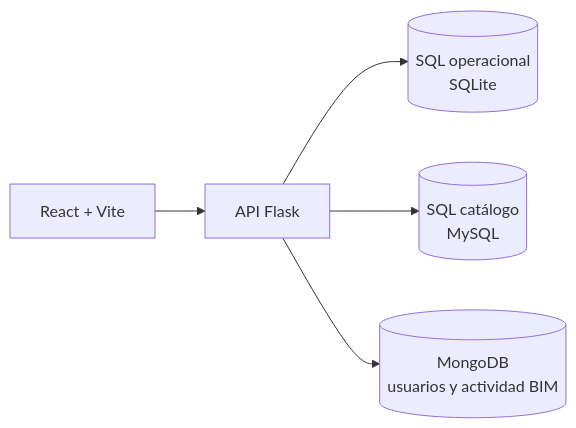
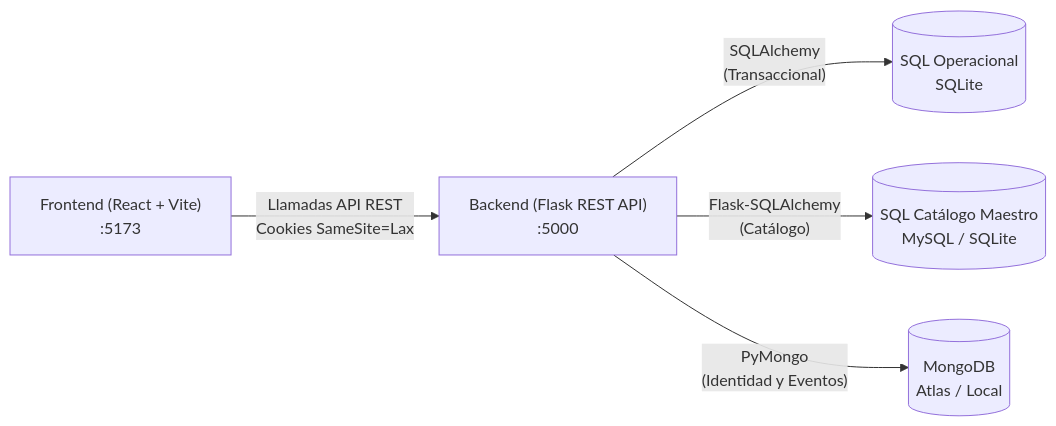
One commit to Alejandro-LP/BIMetrics changed the diagram in README.md. Above: the diagram before and after it, drawn with Mermaid. The commit also changed other lines of this file, not shown here.

````diff
--- a/README.md
+++ b/README.md
@@ -147,7 +67,7 @@
 ```mermaid
 flowchart LR
-    UI[React + Vite] --> API[API Flask]
-    API --> SQL[(SQL operacional<br/>SQLite)]
-    API --> CAT[(SQL catálogo<br/>MySQL)]
-    API --> MONGO[(MongoDB<br/>usuarios y actividad BIM)]
+    UI["Frontend (React + Vite)<br/>:5173"] -->|"Llamadas API REST<br/>Cookies SameSite=Lax"| API["Backend (Flask REST API)<br/>:5000"]
+    API -->|"SQLAlchemy<br/>(Transaccional)"| SQL[("SQL Operacional<br/>SQLite")]
+    API -->|"Flask-SQLAlchemy<br/>(Catálogo)"| CAT[("SQL Catálogo Maestro<br/>MySQL / SQLite")]
+    API -->|"PyMongo<br/>(Identidad y Eventos)"| MONGO[("MongoDB<br/>Atlas / Local")]
 ```
````
